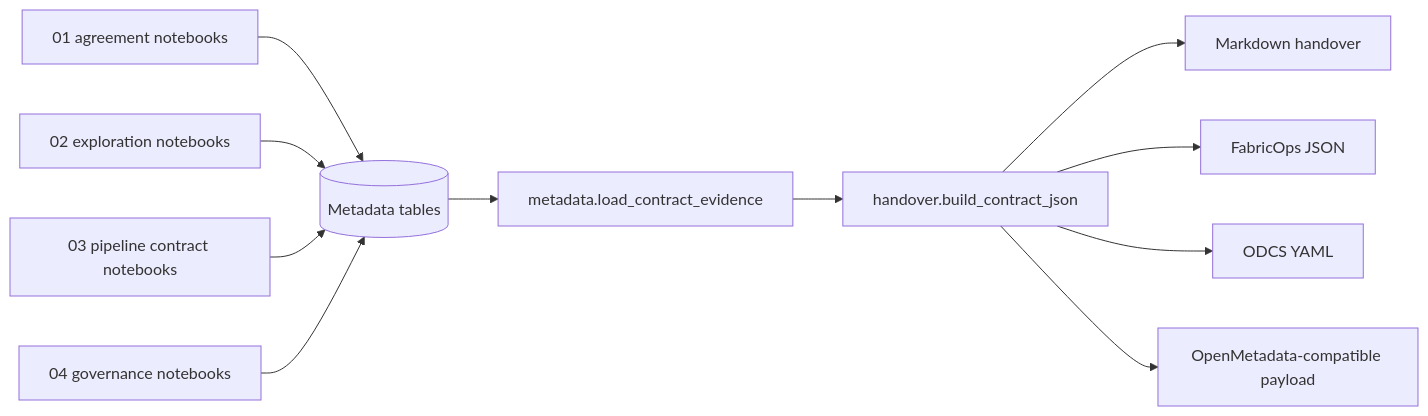
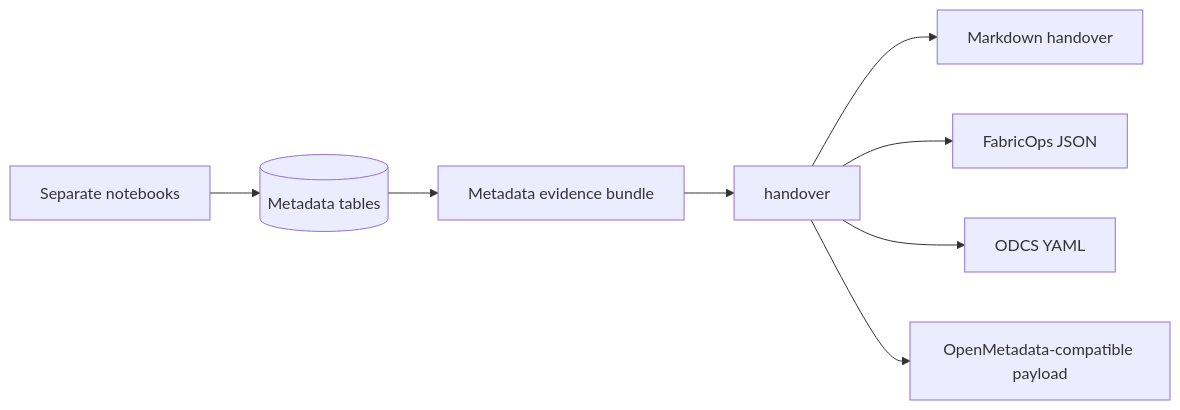
The diagram in docs/metadata-and-contracts/evidence-to-handover.md (Voycepeh/FabricOps-Starter-Kit), drawn with Mermaid before and after one commit. The commit also changed other lines of this file and 4 other files, not shown here.

Commit message:
Document metadata architecture story

````diff
--- a/docs/metadata-and-contracts/evidence-to-handover.md
+++ b/docs/metadata-and-contracts/evidence-to-handover.md
@@ -11,13 +17,10 @@
 ```mermaid
 flowchart LR
-    A[01 agreement notebooks] --> M[(Metadata tables)]
-    B[02 exploration notebooks] --> M
-    C[03 pipeline contract notebooks] --> M
-    D[04 governance notebooks] --> M
-    M --> L[metadata.load_contract_evidence]
-    L --> J[handover.build_contract_json]
-    J --> MD[Markdown handover]
-    J --> FJ[FabricOps JSON]
-    J --> ODCS[ODCS YAML]
-    J --> OM[OpenMetadata-compatible payload]
+    N[Separate notebooks] --> T[(Metadata tables)]
+    T --> B[Metadata evidence bundle]
+    B --> H[handover]
+    H --> M[Markdown handover]
+    H --> J[FabricOps JSON]
+    H --> O[ODCS YAML]
+    H --> P[OpenMetadata-compatible payload]
 ```
````
